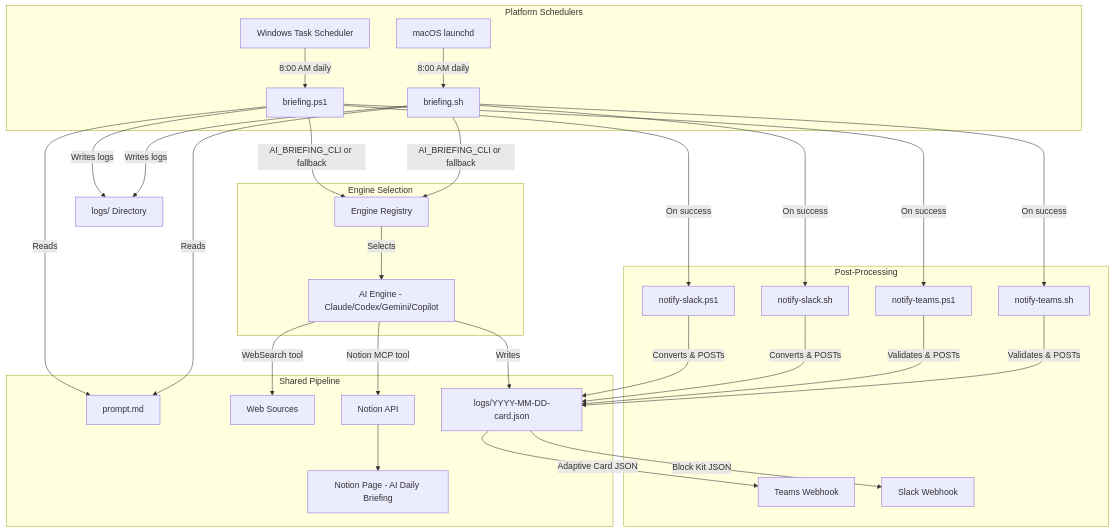
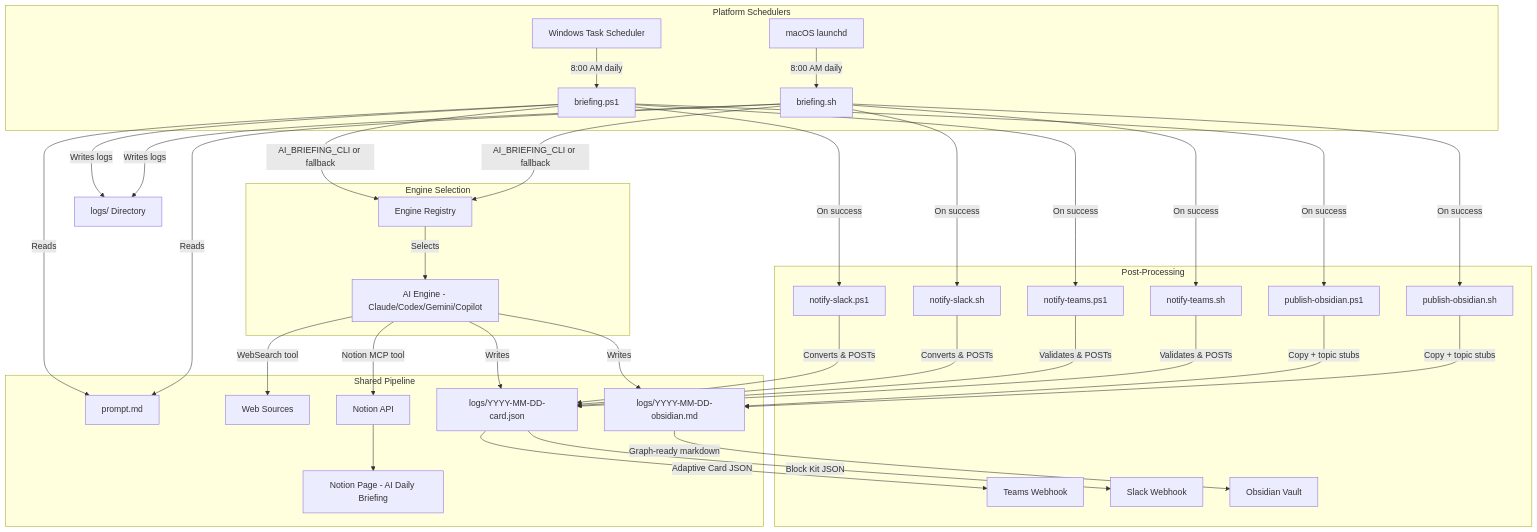
The first of 19 diagrams in ARCHITECTURE.md (hoangsonww/ai-news-briefing), drawn with Mermaid before and after one commit. The commit also changed other lines of this file and 22 other files, not shown here.

Commit message:
feat: integrate Obsidian publishing for briefings with topic stubs

````diff
--- a/ARCHITECTURE.md
+++ b/ARCHITECTURE.md
@@ -61,38 +62,44 @@
 ```mermaid
 graph TD
     subgraph "Platform Schedulers"
         A1[macOS launchd] -->|8:00 AM daily| B1[briefing.sh]
         A2[Windows Task Scheduler] -->|8:00 AM daily| B2[briefing.ps1]
     end
 
     subgraph "Engine Selection"
         B1 -->|AI_BRIEFING_CLI or fallback| ES[Engine Registry]
         B2 -->|AI_BRIEFING_CLI or fallback| ES
         ES -->|Selects| D[AI Engine - Claude/Codex/Gemini/Copilot]
     end
 
     subgraph "Shared Pipeline"
         B1 -->|Reads| P[prompt.md]
         B2 -->|Reads| P
         D -->|WebSearch tool| E[Web Sources]
         D -->|Notion MCP tool| F[Notion API]
         F --> G[Notion Page - AI Daily Briefing]
         D -->|Writes| CJ["logs/YYYY-MM-DD-card.json"]
+        D -->|Writes| OJ["logs/YYYY-MM-DD-obsidian.md"]
     end
 
     subgraph "Post-Processing"
         B1 -->|On success| T1[notify-teams.sh]
         B2 -->|On success| T2[notify-teams.ps1]
         T1 -->|Validates & POSTs| CJ
         T2 -->|Validates & POSTs| CJ
         CJ -->|Adaptive Card JSON| TW[Teams Webhook]
         B1 -->|On success| S1[notify-slack.sh]
         B2 -->|On success| S2[notify-slack.ps1]
         S1 -->|Converts & POSTs| CJ
         S2 -->|Converts & POSTs| CJ
         CJ -->|Block Kit JSON| SW[Slack Webhook]
+        B1 -->|On success| OB1[publish-obsidian.sh]
+        B2 -->|On success| OB2[publish-obsidian.ps1]
+        OB1 -->|Copy + topic stubs| OJ
+        OB2 -->|Copy + topic stubs| OJ
+        OJ -->|Graph-ready markdown| OBV["Obsidian Vault"]
     end
 
     B1 -->|Writes logs| H[logs/ Directory]
     B2 -->|Writes logs| H
 ```
````
